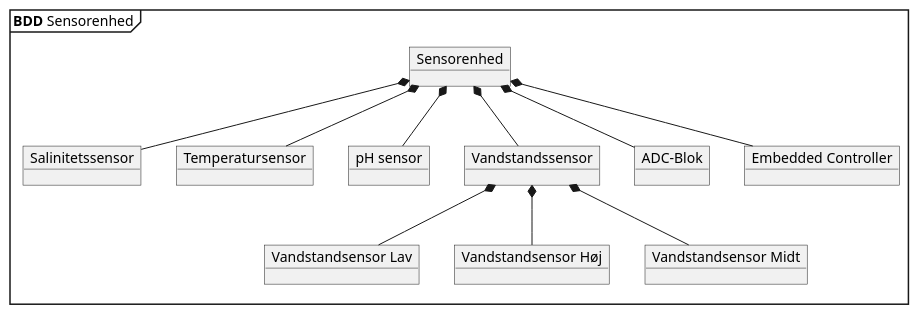
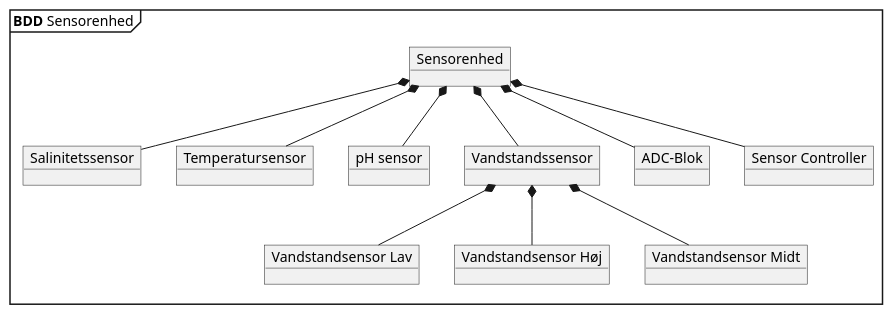
The diagram in Strukturering/Sensor/Sensorenhed_BDD_IBD/SensorEnhed_BDD.puml (Solvgraa-mager/E4PRJ4), drawn with PlantUML before and after one commit. The commit also changed 8 other files, not shown here.

```diff
--- a/Strukturering/Sensor/Sensorenhed_BDD_IBD/SensorEnhed_BDD.puml
+++ b/Strukturering/Sensor/Sensorenhed_BDD_IBD/SensorEnhed_BDD.puml
@@ -1,29 +1,29 @@
 @startuml Sensorenhed
 mainframe **BDD** Sensorenhed
 object "Sensorenhed" as SensorMain
 object "Salinitetssensor" as Salinitet
 object "Temperatursensor" as Temperatur
 object "pH sensor" as pH
 object "Vandstandsensor Lav" as VandstandLo
 object "Vandstandsensor Høj" as VandstandHi
 object "Vandstandsensor Midt" as VandstandMi
 object "Vandstandssensor" as Vandstand
 object "ADC-Blok" as ADC 
-object "Embedded Controller" as EC
+object "Sensor Controller" as SC
 
 ' Defining the fields of the objects
 ' Starting with the main block
 
 SensorMain *-- ADC
-SensorMain *-- EC
+SensorMain *-- SC
 SensorMain *-- Salinitet
 SensorMain *-- Temperatur
 SensorMain *-- pH
 SensorMain *-- Vandstand
 
 Vandstand *-- VandstandLo
 Vandstand *-- VandstandMi
 Vandstand *-- VandstandHi
 
 
 @enduml
```
